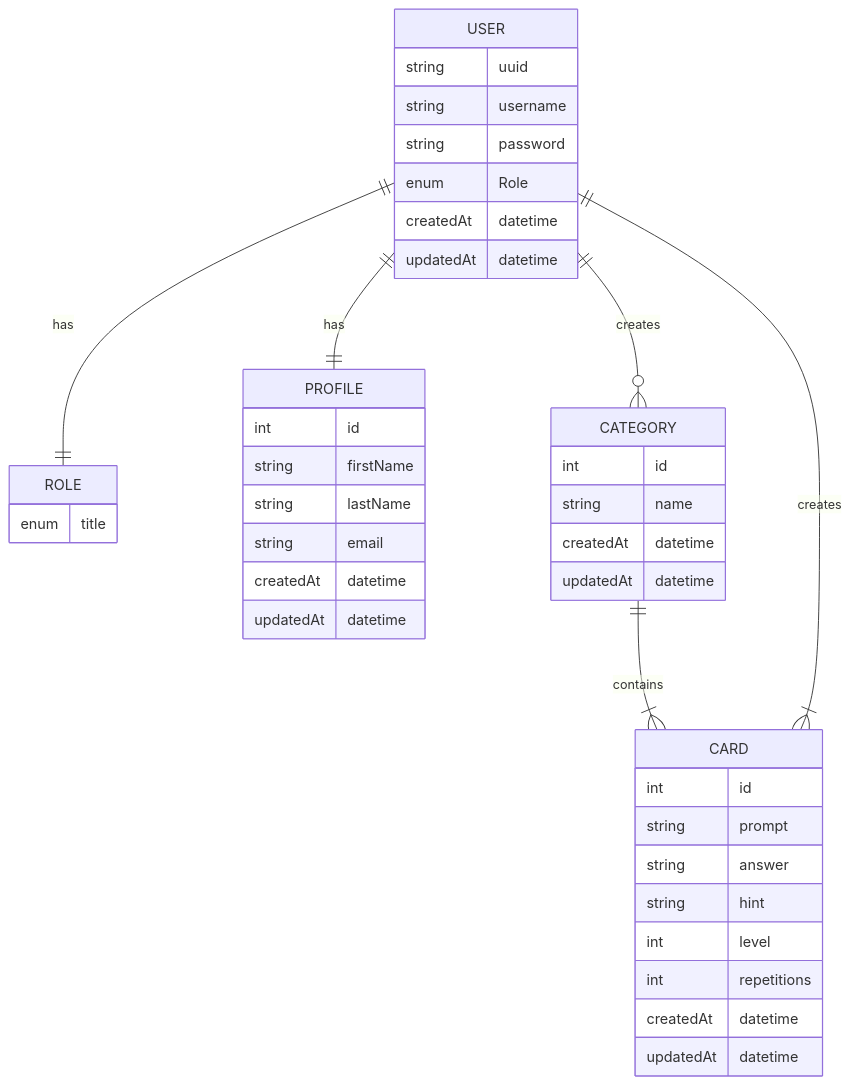
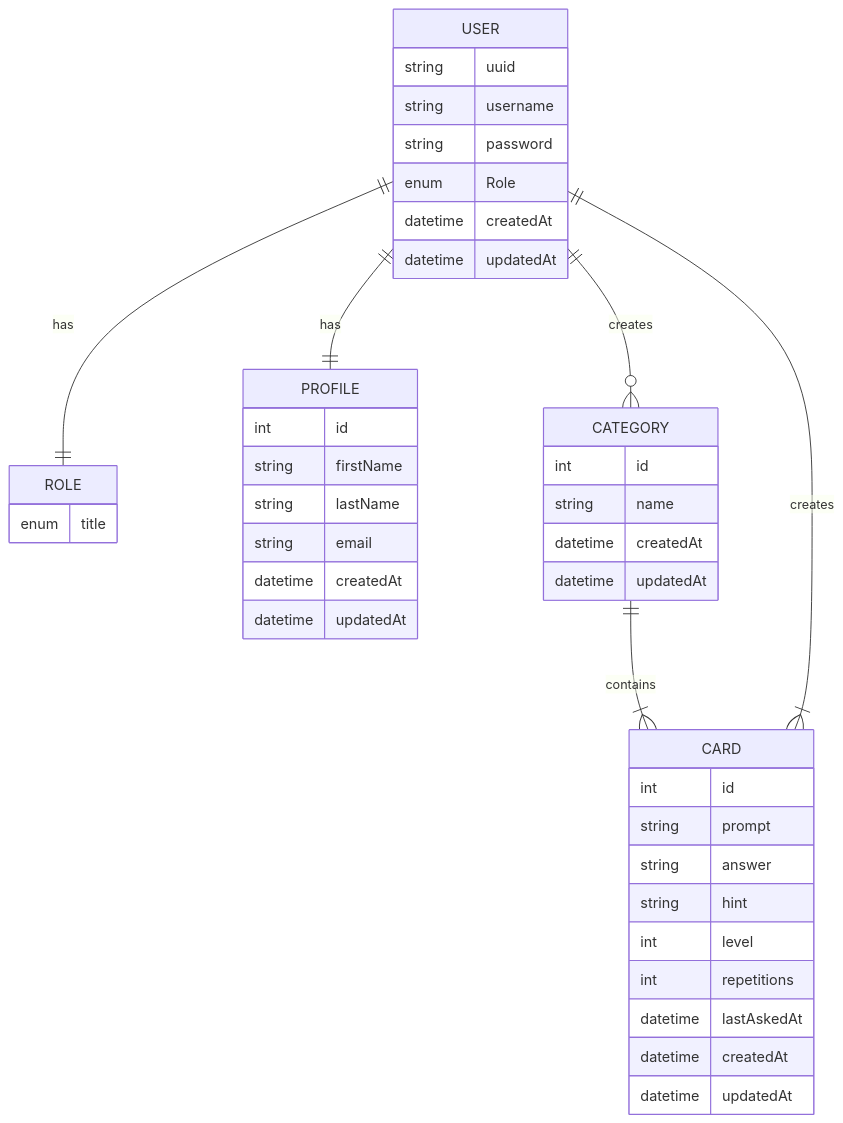
One commit to AllyDouillette/backend-personal-project changed the diagram in prisma/schema.md. Above: the diagram before and after it, drawn with Mermaid.

Commit message:
correct schema

````diff
--- a/prisma/schema.md
+++ b/prisma/schema.md
@@ -1,48 +1,49 @@
 ```mermaid
 erDiagram
     USER {
         string uuid
         string username
         string password
         enum Role
-        createdAt datetime
-        updatedAt datetime
+        datetime createdAt
+        datetime updatedAt
     }
 
     ROLE {
         enum title
     }
 
     PROFILE {
         int id
         string firstName
         string lastName
         string email
-        createdAt datetime
-        updatedAt datetime
+        datetime createdAt
+        datetime updatedAt
     }
 
     CATEGORY {
         int id
         string name
-        createdAt datetime
-        updatedAt datetime
+        datetime createdAt
+        datetime updatedAt
     }
 
     CARD {
         int id
         string prompt
         string answer
         string hint
         int level
         int repetitions
-        createdAt datetime
-        updatedAt datetime
+        datetime lastAskedAt
+        datetime createdAt
+        datetime updatedAt
     }
 
     USER ||--|| ROLE: has
     USER ||--|| PROFILE: has
     USER ||--o{ CATEGORY : creates
     CATEGORY ||--|{ CARD : contains
     USER ||--|{ CARD : creates
 ```
````
